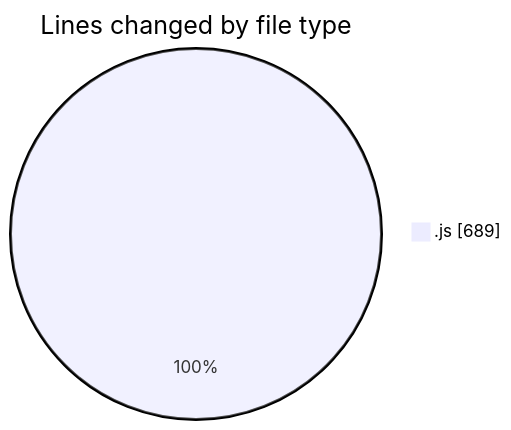
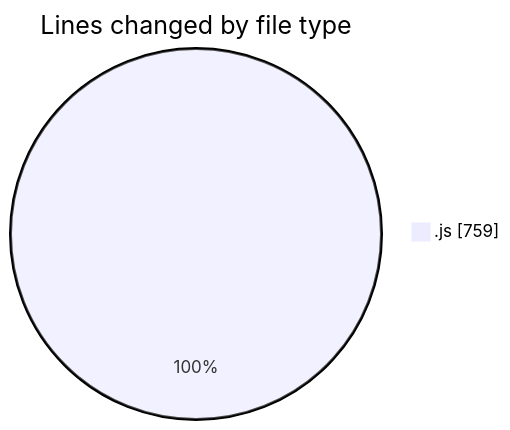
One commit to nxtqubesakshisongat/code-tracking changed the first of 2 diagrams in 2025-06-19/nxtqube_webapp/README.md. Above: the diagram before and after it, drawn with Mermaid. The commit also changed other lines of this file and 1 other file, not shown here.

````diff
--- a/2025-06-19/nxtqube_webapp/README.md
+++ b/2025-06-19/nxtqube_webapp/README.md
@@ -29,5 +29,5 @@
 ```mermaid
 pie showData
 title Lines changed by file type
-".js" : 689
+".js" : 759
 ```
````
